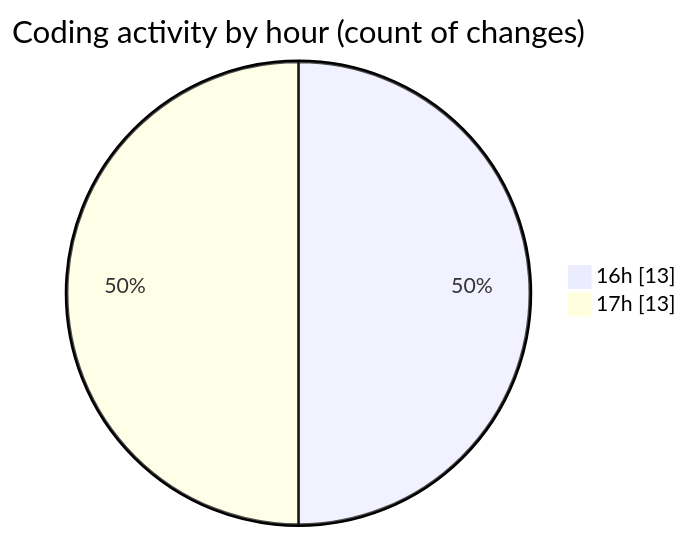
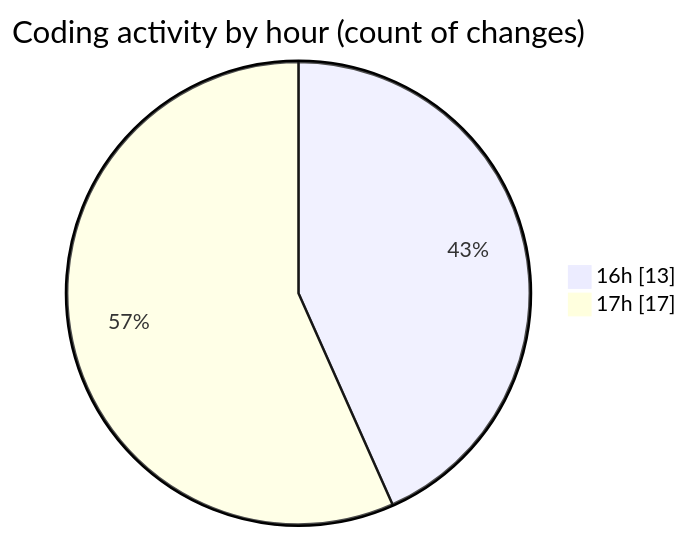
Before and after one commit to robertbonfada/code-tracking: the second of 2 diagrams in 2025-05-20/mbc-web/README.md, drawn with Mermaid. The commit also changed other lines of this file and 1 other file, not shown here.

````diff
--- a/2025-05-20/mbc-web/README.md
+++ b/2025-05-20/mbc-web/README.md
@@ -33,6 +35,6 @@
 ```mermaid
 pie showData
 title Coding activity by hour (count of changes)
 "16h" : 13
-"17h" : 13
+"17h" : 17
 ```
````
